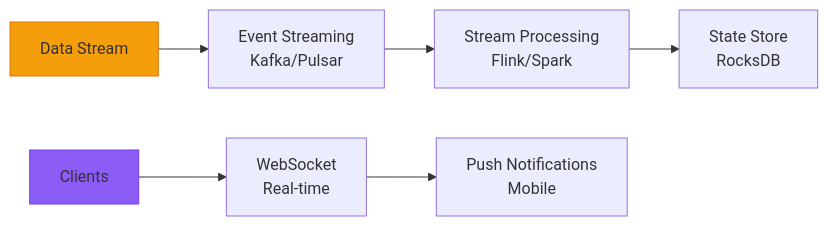
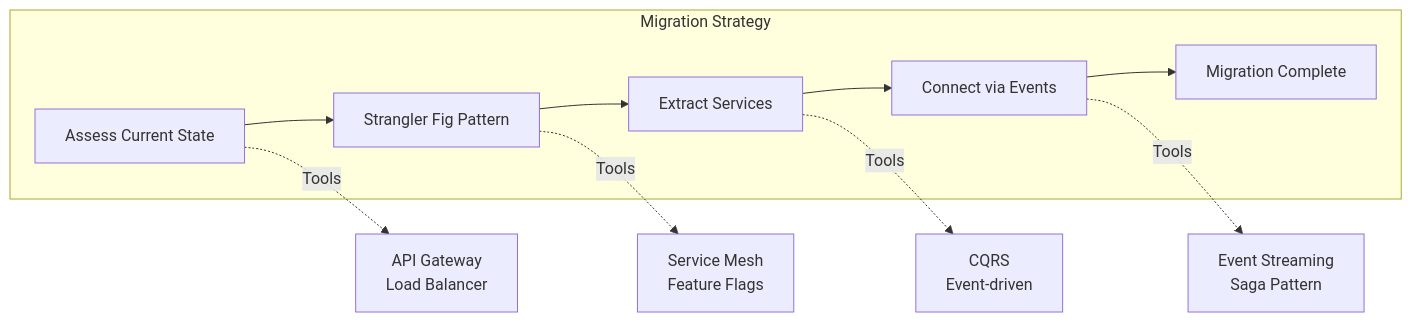
One commit to deepaucksharma/DStudio changed the fourth of 6 diagrams in docs/patterns/pattern-selector-tool.md. Above: the diagram before and after it, drawn with Mermaid. The commit also changed other lines of this file and 86 other files, not shown here.

````diff
--- a/docs/patterns/pattern-selector-tool.md
+++ b/docs/patterns/pattern-selector-tool.md
@@ -265,12 +153,20 @@
 ```mermaid
 graph LR
-    Stream[Data Stream] --> Kafka[Event Streaming<br/>Kafka/Pulsar]
-    Kafka --> Process[Stream Processing<br/>Flink/Spark]
-    Process --> State[State Store<br/>RocksDB]
+    subgraph "Migration Strategy"
+        Assess[Assess Current State]
+        Strangle[Strangler Fig Pattern]
+        Extract[Extract Services]
+        Connect[Connect via Events]
+        Complete[Migration Complete]
+    end
     
-    Client[Clients] --> WS[WebSocket<br/>Real-time]
-    WS --> Push[Push Notifications<br/>Mobile]
+    Assess --> Strangle
+    Strangle --> Extract
+    Extract --> Connect
+    Connect --> Complete
     
-    style Stream fill:#f59e0b,stroke:#d97706
-    style Client fill:#8b5cf6,stroke:#7c3aed
+    Assess -.->|Tools| A1[API Gateway<br/>Load Balancer]
+    Strangle -.->|Tools| S1[Service Mesh<br/>Feature Flags]
+    Extract -.->|Tools| E1[CQRS<br/>Event-driven]
+    Connect -.->|Tools| C1[Event Streaming<br/>Saga Pattern]
 ```
````
